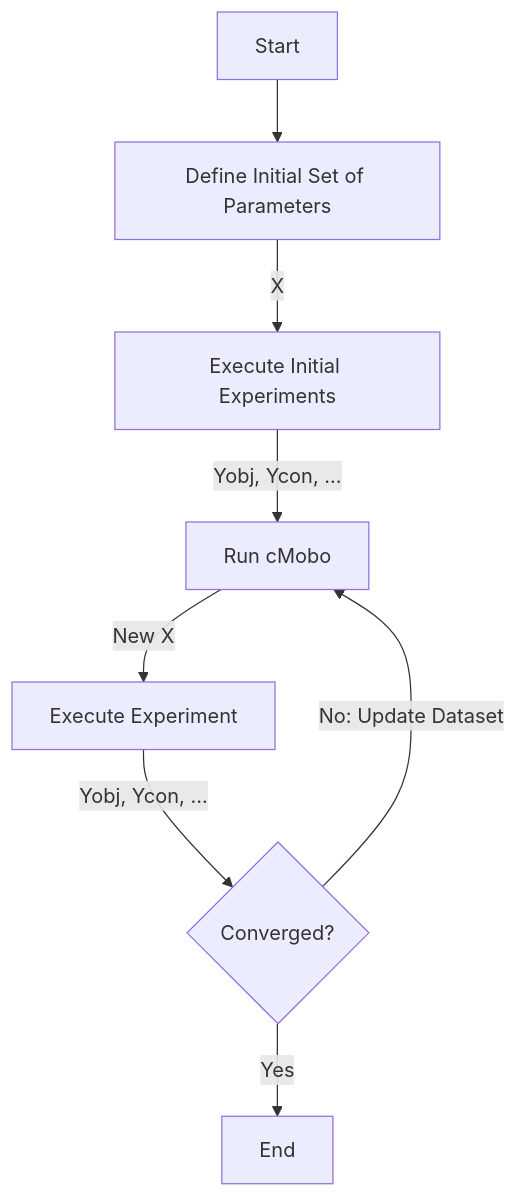
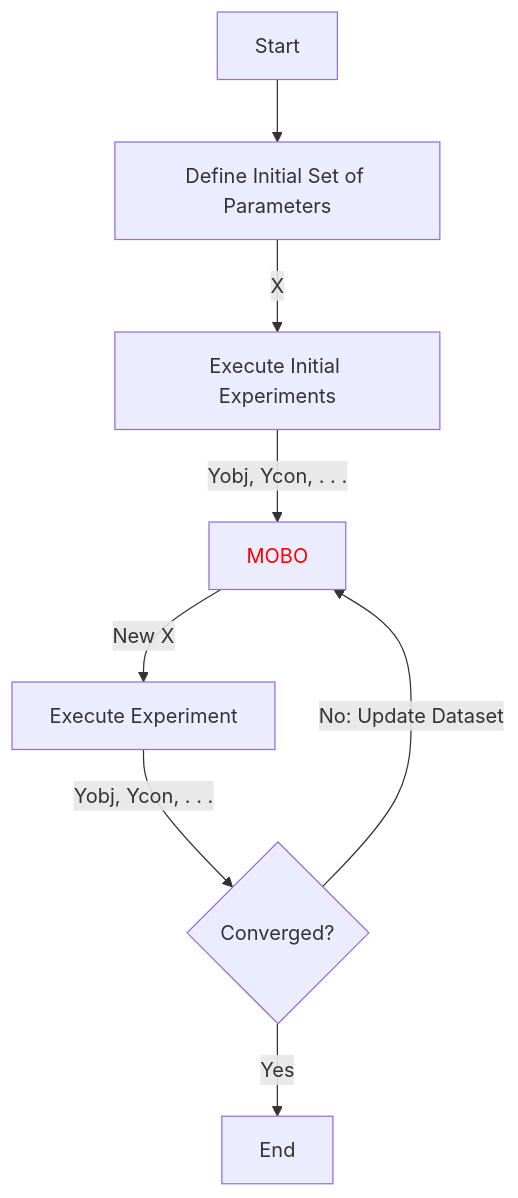
One commit to BerriesLab/pybo changed the diagram in readme.md. Above: the diagram before and after it, drawn with Mermaid. The commit also changed other lines of this file and 4 other files, not shown here.

````diff
--- a/readme.md
+++ b/readme.md
@@ -39,18 +20,18 @@
 ```mermaid
 flowchart TD
     A[Define Initial Set of Parameters]
     B[Execute Initial Experiments]
-    C[Run cMobo]
+    C[MOBO]
     D[Execute Experiment]
     E{Converged?}
-  
+    Start --> A
+    A -->|X| B
+    B -->|Yobj, Ycon, . . .| C
+    C -->|New X| D
+    D -->|Yobj, Ycon, . . .| E
+    E -->|No: Update Dataset| C
+    E -->|Yes| End
+    classDef redText color: red;
+    class C redText
 
-
-    Start --> A
-    A --> |X| B
-    B --> |Yobj, Ycon, ...| C
-    C --> |New X| D
-    D --> |Yobj, Ycon, ...| E
-    E --> |No: Update Dataset| C
-    E --> |Yes| End
 ```
````
